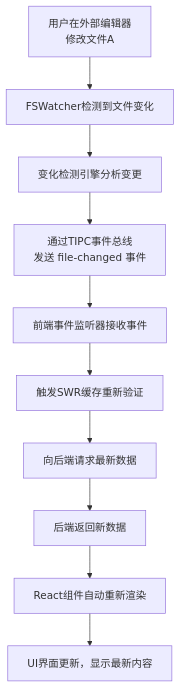
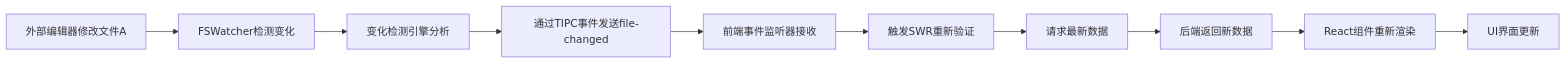
The second of 7 diagrams in RFCs/RFC-001-Intelligent-File-Management-and-Bidirectional-Sync.md (wibus-wee/ClarityFile), drawn with Mermaid before and after one commit. The commit also changed other lines of this file, not shown here.

Commit message:
refactor(RFC): improve the flow

````diff
--- a/RFCs/RFC-001-Intelligent-File-Management-and-Bidirectional-Sync.md
+++ b/RFCs/RFC-001-Intelligent-File-Management-and-Bidirectional-Sync.md
@@ -61,12 +54,12 @@
 ```mermaid
-graph TD
-    A[用户在外部编辑器<br>修改文件A] --> B[FSWatcher检测到文件变化];
-    B --> C[变化检测引擎分析变更];
-    C --> D[通过TIPC事件总线<br>发送 file-changed 事件];
-    D --> E[前端事件监听器接收事件];
-    E --> F[触发SWR缓存重新验证];
-    F --> G[向后端请求最新数据];
-    G --> H[后端返回新数据];
-    H --> I[React组件自动重新渲染];
-    I --> J[UI界面更新，显示最新内容];
+graph LR
+    A[外部编辑器修改文件A] --> B[FSWatcher检测变化]
+    B --> C[变化检测引擎分析]
+    C --> D[通过TIPC事件发送file-changed]
+    D --> E[前端事件监听器接收]
+    E --> F[触发SWR重新验证]
+    F --> G[请求最新数据]
+    G --> H[后端返回新数据]
+    H --> I[React组件重新渲染]
+    I --> J[UI界面更新]
 ```
````
